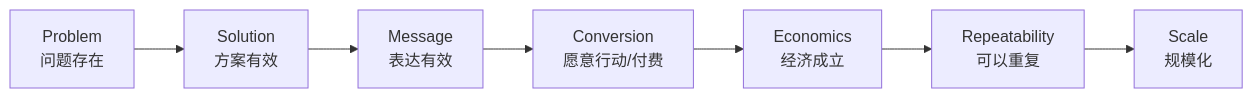
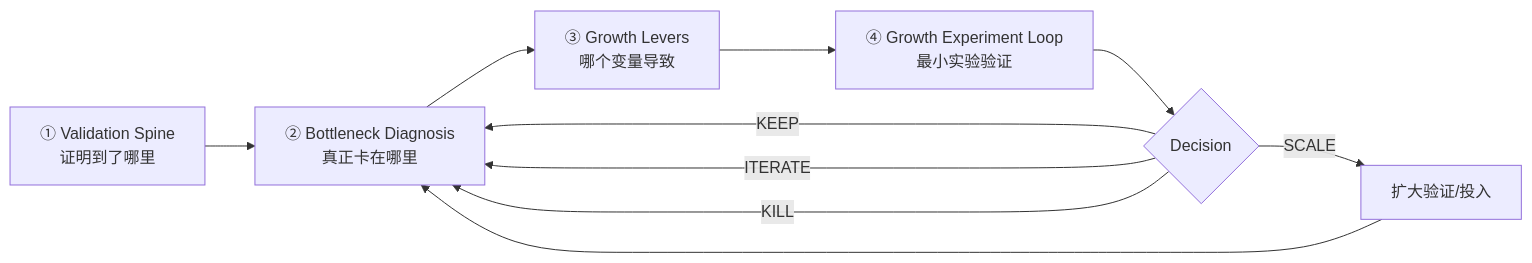
The diagram in acquisition-growth-radar/README.md (entropy-student/spike.skill), drawn with Mermaid before and after one commit. The commit also changed other lines of this file, not shown here.

Commit message:
docs: update acquisition growth radar README for v0.2

````diff
--- a/acquisition-growth-radar/README.md
+++ b/acquisition-growth-radar/README.md
@@ -39,9 +38,12 @@
 ```mermaid
 flowchart LR
-    A[Problem\n问题存在] --> B[Solution\n方案有效]
-    B --> C[Message\n表达有效]
-    C --> D[Conversion\n愿意行动/付费]
-    D --> E[Economics\n经济成立]
-    E --> F[Repeatability\n可以重复]
-    F --> G[Scale\n规模化]
+    A[① Validation Spine<br/>证明到了哪里] --> B[② Bottleneck Diagnosis<br/>真正卡在哪里]
+    B --> C[③ Growth Levers<br/>哪个变量导致]
+    C --> D[④ Growth Experiment Loop<br/>最小实验验证]
+    D --> E{Decision}
+    E -->|KEEP| B
+    E -->|ITERATE| B
+    E -->|KILL| B
+    E -->|SCALE| F[扩大验证/投入]
+    F --> B
 ```
````
